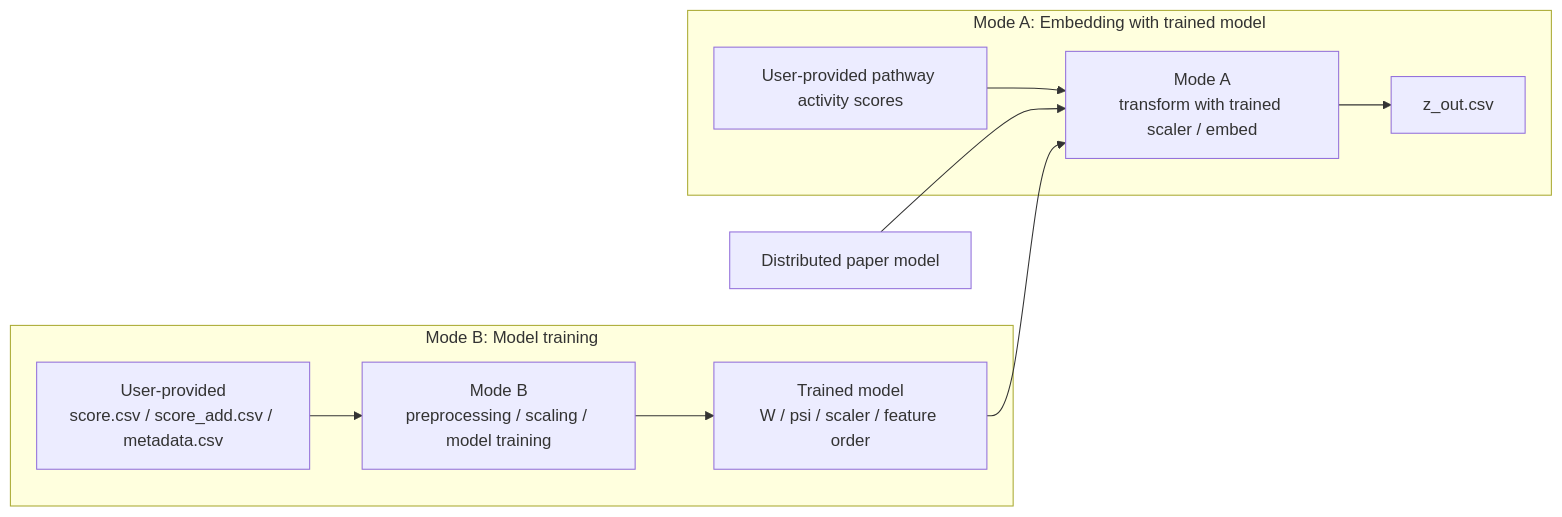
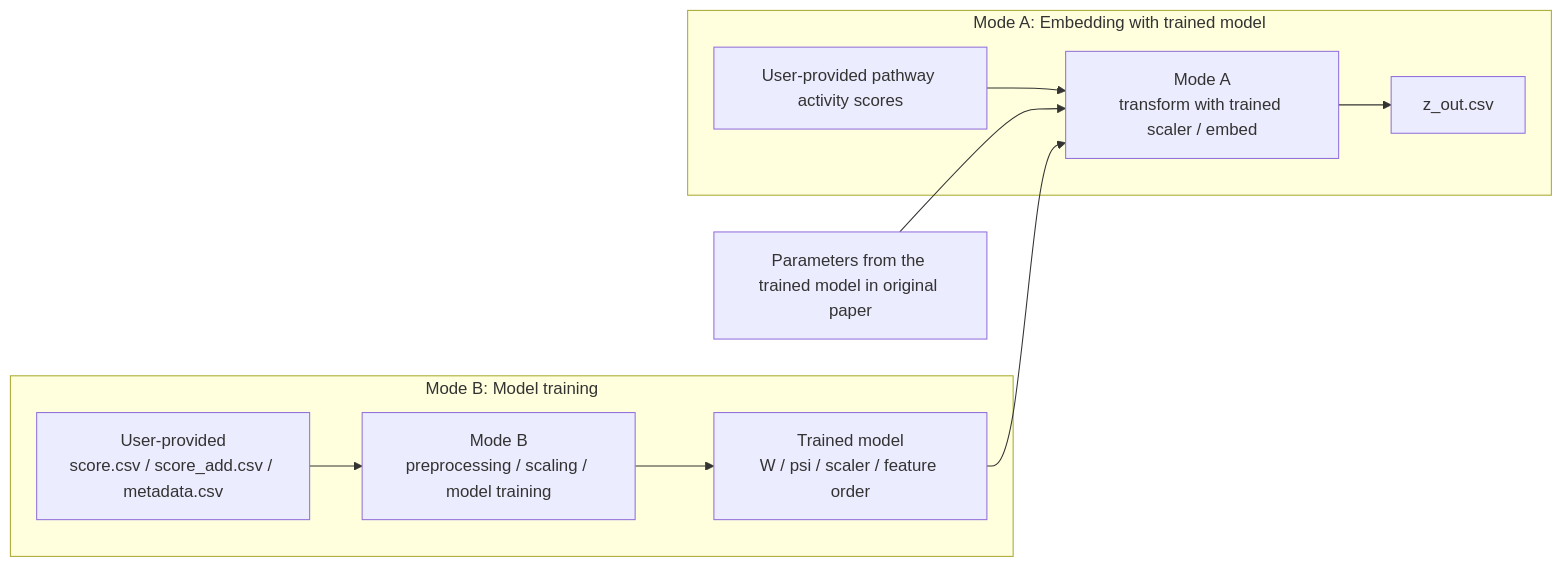
One commit to virus-informatics/ViroChart changed the diagram in README.md. Above: the diagram before and after it, drawn with Mermaid. The commit also changed other lines of this file, not shown here.

````diff
--- a/README.md
+++ b/README.md
@@ -9,19 +9,19 @@
 ```mermaid
 flowchart LR
     subgraph Training["Mode B: Model training"]
         BInput["User-provided<br/>score.csv / score_add.csv / metadata.csv"]
         ModeB["Mode B<br/>preprocessing / scaling / model training"]
         Model["Trained model<br/>W / psi / scaler / feature order"]
         BInput --> ModeB --> Model
     end
 
     subgraph Embedding["Mode A: Embedding with trained model"]
         AInput["User-provided pathway activity scores"]
         ModeA["Mode A<br/>transform with trained scaler / embed"]
         Z["z_out.csv"]
         AInput --> ModeA --> Z
     end
 
     Model --> ModeA
-    DistributedModel["Distributed paper model"] --> ModeA
+    DistributedModel["Parameters from the trained model in original paper"] --> ModeA
 ```
````
